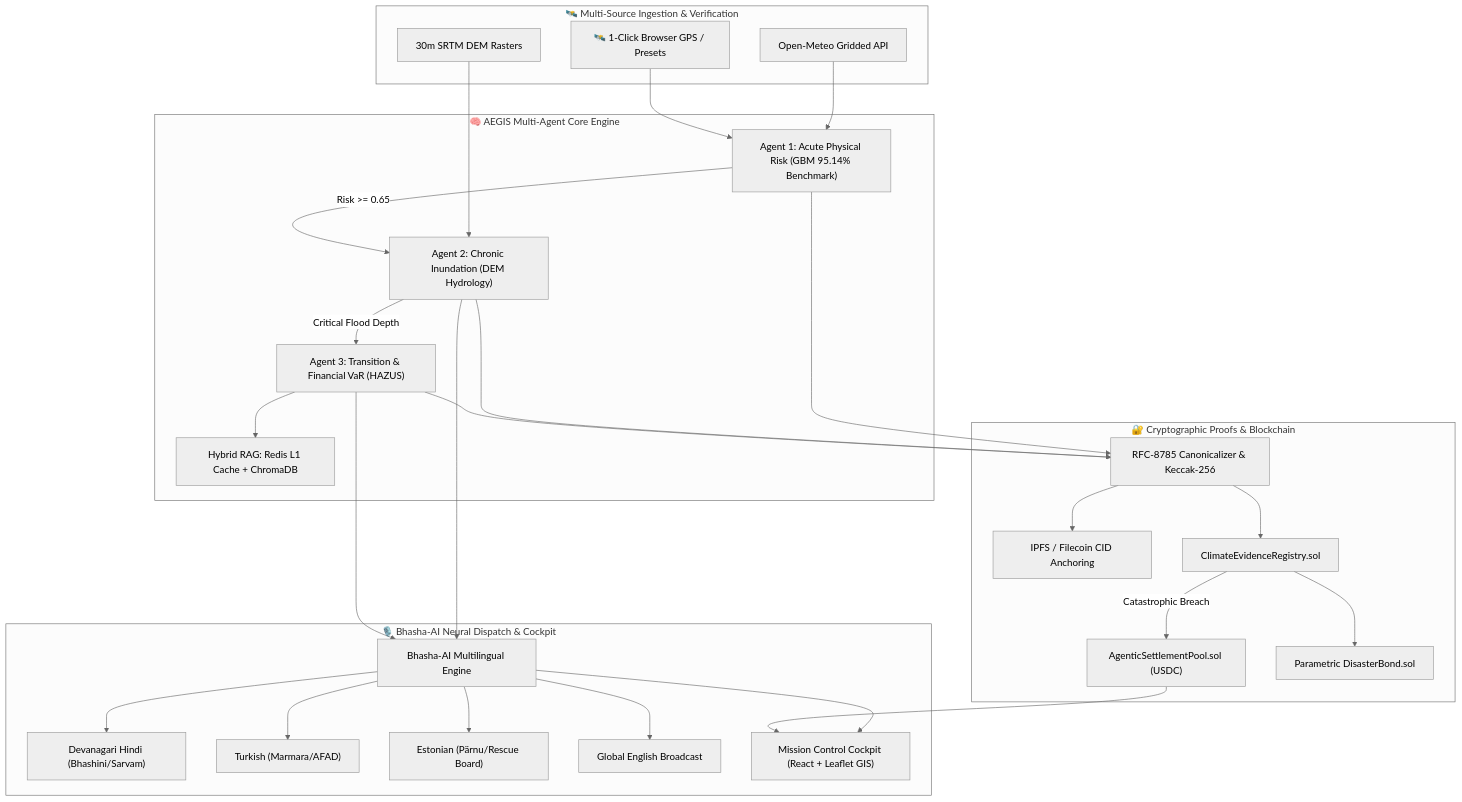
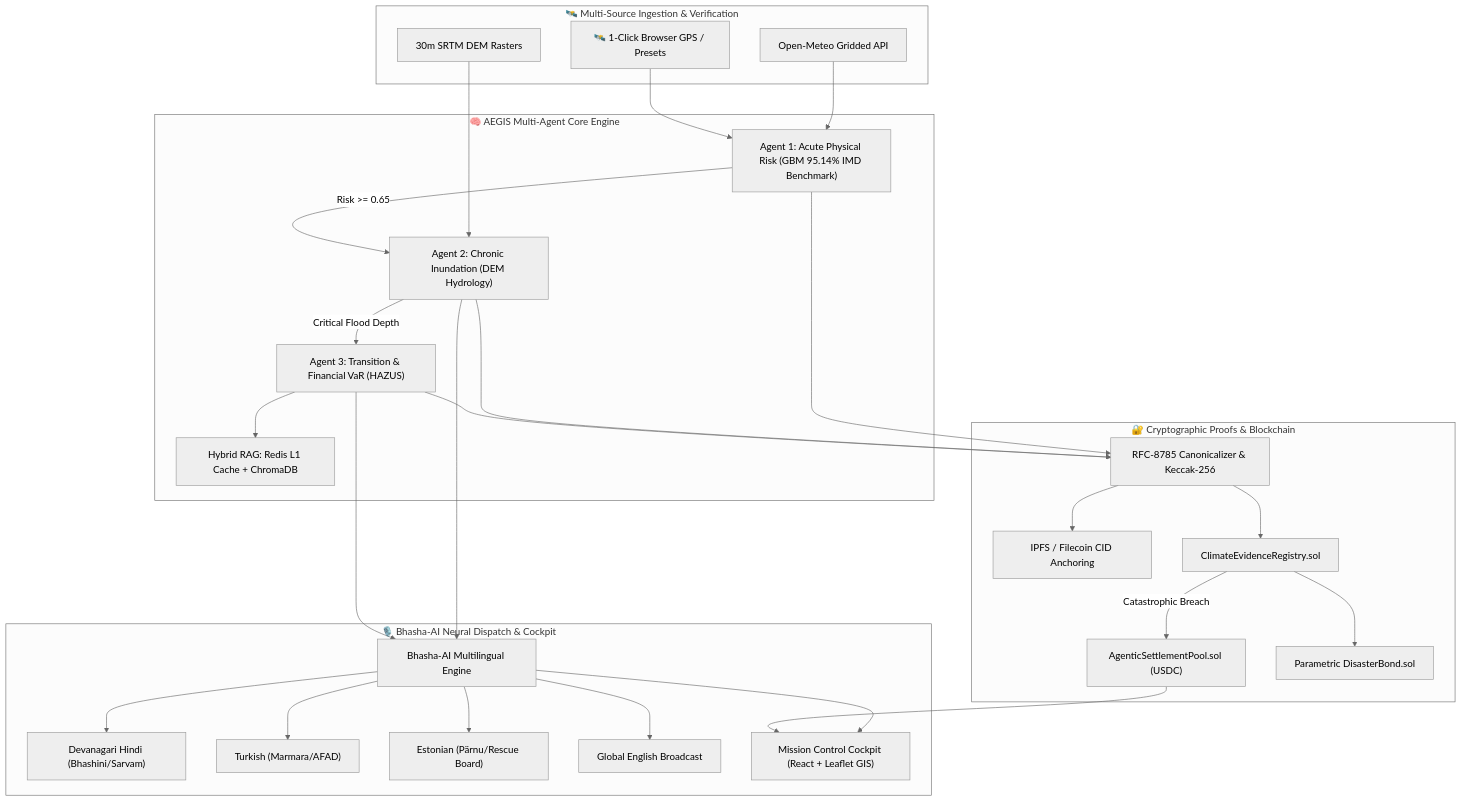
One commit to Niss54/AEGIS changed the diagram in IEEE_SUBMISSION_DOSSIER.md. Above: the diagram before and after it, drawn with Mermaid (neutral theme). The commit also changed other lines of this file and 29 other files, not shown here.

````diff
--- a/IEEE_SUBMISSION_DOSSIER.md
+++ b/IEEE_SUBMISSION_DOSSIER.md
@@ -44,50 +44,50 @@
 ```mermaid
 flowchart TD
     subgraph SENSORS["🛰️ Multi-Source Ingestion & Verification"]
         OM["Open-Meteo Gridded API"]
         SRTM["30m SRTM DEM Rasters"]
         GPS["🛰️ 1-Click Browser GPS / Presets"]
     end
 
     subgraph CORE["🧠 AEGIS Multi-Agent Core Engine"]
-        A1["Agent 1: Acute Physical Risk (GBM 95.14% Benchmark)"]
+        A1["Agent 1: Acute Physical Risk (GBM 95.14% IMD Benchmark)"]
         A2["Agent 2: Chronic Inundation (DEM Hydrology)"]
         A3["Agent 3: Transition & Financial VaR (HAZUS)"]
         RAG["Hybrid RAG: Redis L1 Cache + ChromaDB"]
     end
 
     subgraph CRYPTO["🔐 Cryptographic Proofs & Blockchain"]
         CANON["RFC-8785 Canonicalizer & Keccak-256"]
         IPFS["IPFS / Filecoin CID Anchoring"]
         REGISTRY["ClimateEvidenceRegistry.sol"]
         SETTLE["AgenticSettlementPool.sol (USDC)"]
         BOND["Parametric DisasterBond.sol"]
     end
 
     subgraph DISPATCH["🎙️ Bhasha-AI Neural Dispatch & Cockpit"]
         BHASHA["Bhasha-AI Multilingual Engine"]
         HINDI["Devanagari Hindi (Bhashini/Sarvam)"]
         TURK["Turkish (Marmara/AFAD)"]
         EST["Estonian (Pärnu/Rescue Board)"]
         ENG["Global English Broadcast"]
         UI["Mission Control Cockpit (React + Leaflet GIS)"]
     end
 
     OM --> A1
     SRTM --> A2
     GPS --> A1
 
     A1 -->|Risk >= 0.65| A2
     A2 -->|Critical Flood Depth| A3
     A3 --> RAG
 
     A1 & A2 & A3 --> CANON
     CANON --> IPFS
     CANON --> REGISTRY
     REGISTRY -->|Catastrophic Breach| SETTLE
     REGISTRY --> BOND
 
     A2 & A3 --> BHASHA
     BHASHA --> HINDI & TURK & EST & ENG
     BHASHA & SETTLE --> UI
 ```
````
